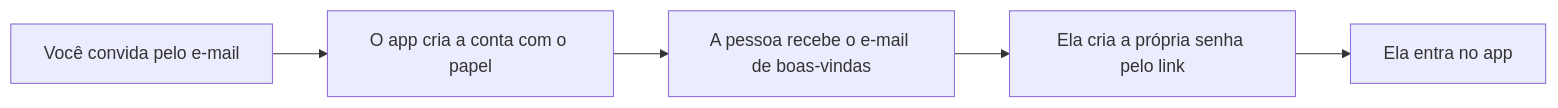
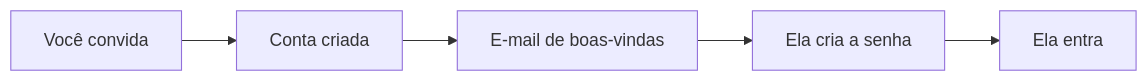
Before and after one commit to filipebraida/adonisjs-starter-kit: the diagram in apps/web/app/users/help/administration/pt/users.md, drawn with Mermaid. The commit also changed 3 other files, not shown here.

First line of the commit message:
fix(help): Mermaid draws on the starter's oklch tokens, and the build compiles

````diff
--- a/apps/web/app/users/help/administration/pt/users.md
+++ b/apps/web/app/users/help/administration/pt/users.md
@@ -15,7 +15,7 @@
 ```mermaid
 flowchart LR
-  A[Você convida pelo e-mail] --> B[O app cria a conta com o papel]
-  B --> C[A pessoa recebe o e-mail de boas-vindas]
-  C --> D[Ela cria a própria senha pelo link]
-  D --> E[Ela entra no app]
+  A[Você convida] --> B[Conta criada]
+  B --> C[E-mail de boas-vindas]
+  C --> D[Ela cria a senha]
+  D --> E[Ela entra]
 ```
````
